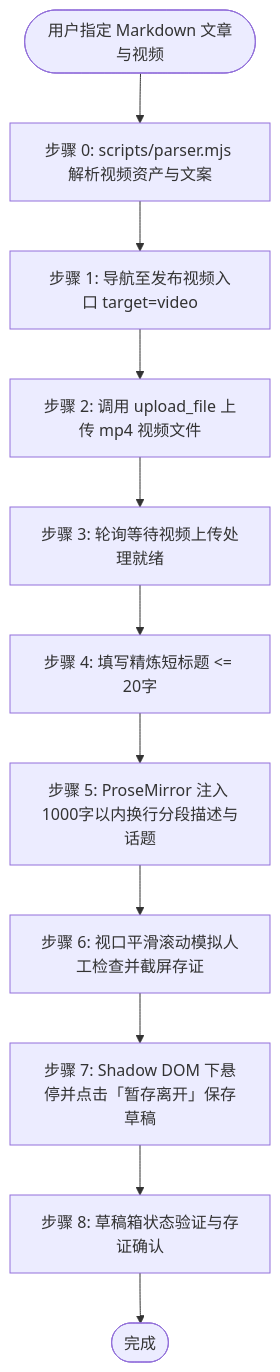
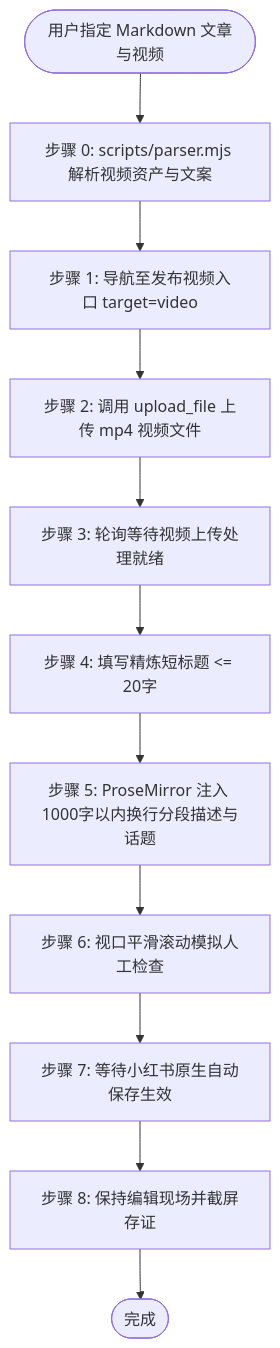
Before and after one commit to undsky/doudou-publish-skills: the diagram in skills/doudou-xiaohongshu/SKILL.md, drawn with Mermaid. The commit also changed other lines of this file and 24 other files, not shown here.

````diff
--- a/skills/doudou-xiaohongshu/SKILL.md
+++ b/skills/doudou-xiaohongshu/SKILL.md
@@ -113,13 +112,13 @@
 ```mermaid
 flowchart TD
     Start([用户指定 Markdown 文章与视频]) --> Parse[步骤 0: scripts/parser.mjs 解析视频资产与文案]
     Parse --> Nav[步骤 1: 导航至发布视频入口 target=video]
     Nav --> Upload[步骤 2: 调用 upload_file 上传 mp4 视频文件]
     Upload --> Wait[步骤 3: 轮询等待视频上传处理就绪]
     Wait --> Title[步骤 4: 填写精炼短标题 <= 20字]
     Title --> Desc[步骤 5: ProseMirror 注入 1000字以内换行分段描述与话题]
-    Desc --> Scroll[步骤 6: 视口平滑滚动模拟人工检查并截屏存证]
-    Scroll --> Save[步骤 7: Shadow DOM 下悬停并点击「暂存离开」保存草稿]
-    Save --> Verify[步骤 8: 草稿箱状态验证与存证确认]
-    Verify --> End([完成])
+    Desc --> Scroll[步骤 6: 视口平滑滚动模拟人工检查]
+    Scroll --> WaitSave[步骤 7: 等待小红书原生自动保存生效]
+    WaitSave --> Proof[步骤 8: 保持编辑现场并截屏存证]
+    Proof --> End([完成])
 ```
````
